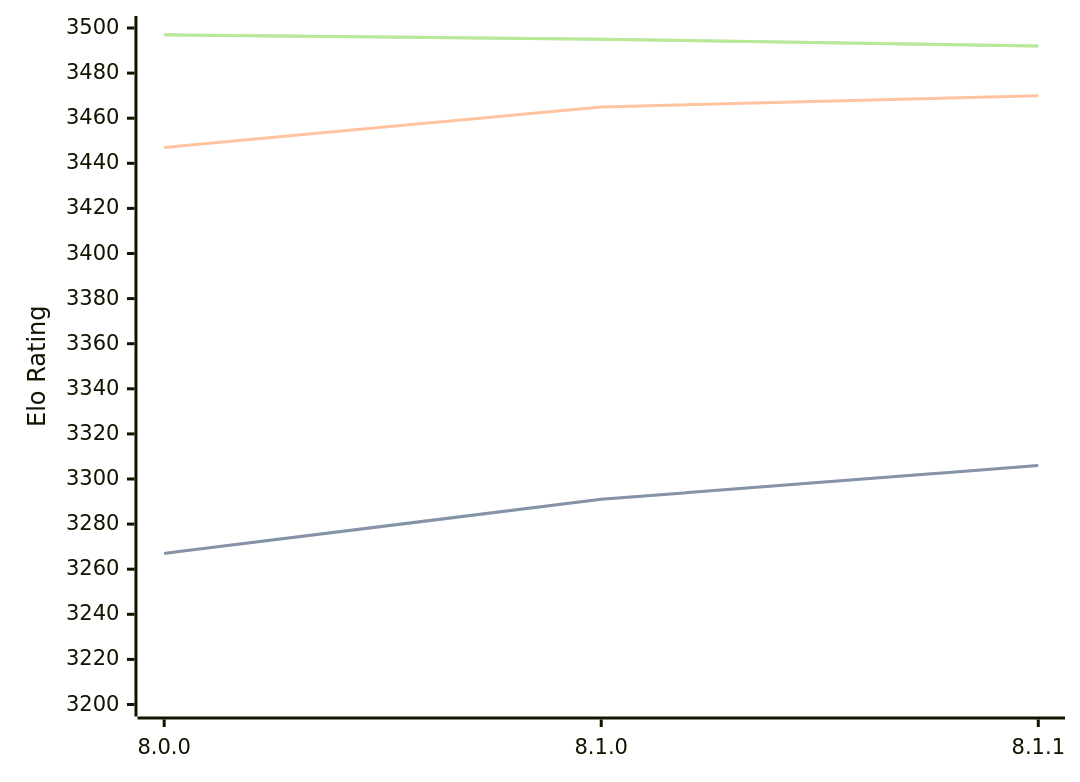
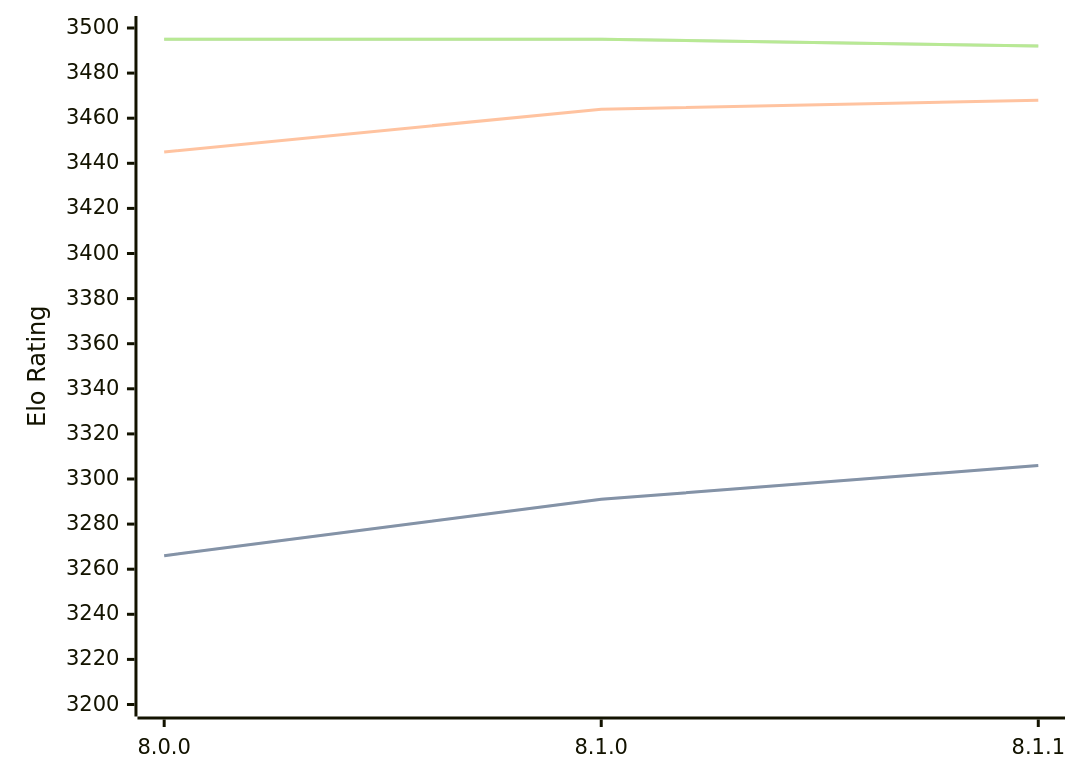
Before and after one commit to computer-chess-index/cci: the diagram in engines/Velvet.md, drawn with Mermaid. The commit also changed other lines of this file, not shown here.

Commit message:
Update CCI Ratings (ELO VLTC) - 2026-04-06

````diff
--- a/engines/Velvet.md
+++ b/engines/Velvet.md
@@ -57,11 +57,11 @@
 ```mermaid
 %%{init: {"theme":"base","themeVariables":{"seriesColors:['#a3a3a3','#222221','#faa371']}}}%%
 xychart-beta
   x-axis ["8.0.0", "8.1.0", "8.1.1"]
   y-axis "Elo Rating" 3200 --> 3500
-  line "STC (8.0+0.08s)" [3267, 3291, 3306]
-  line "STC (8.0+0.08s)" [3267, 3291, 3306]
-  line "LTC (60.0+0.60s)" [3447, 3465, 3470]
-  line "VLTC (2m24s+1.12s)" [3497, 3495, 3492]
-  line "VLTC (2m24s+1.12s)" [3497, 3495, 3492]
+  line "STC (8.0+0.08s)" [3266, 3291, 3306]
+  line "STC (8.0+0.08s)" [3266, 3291, 3306]
+  line "LTC (60.0+0.60s)" [3445, 3464, 3468]
+  line "VLTC (2m24s+1.12s)" [3495, 3495, 3492]
+  line "VLTC (2m24s+1.12s)" [3495, 3495, 3492]
 ```
````
